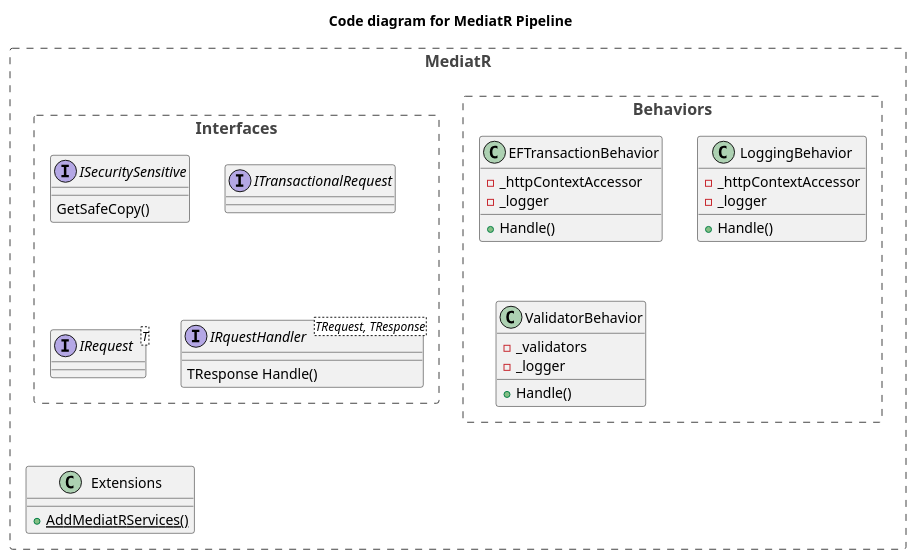
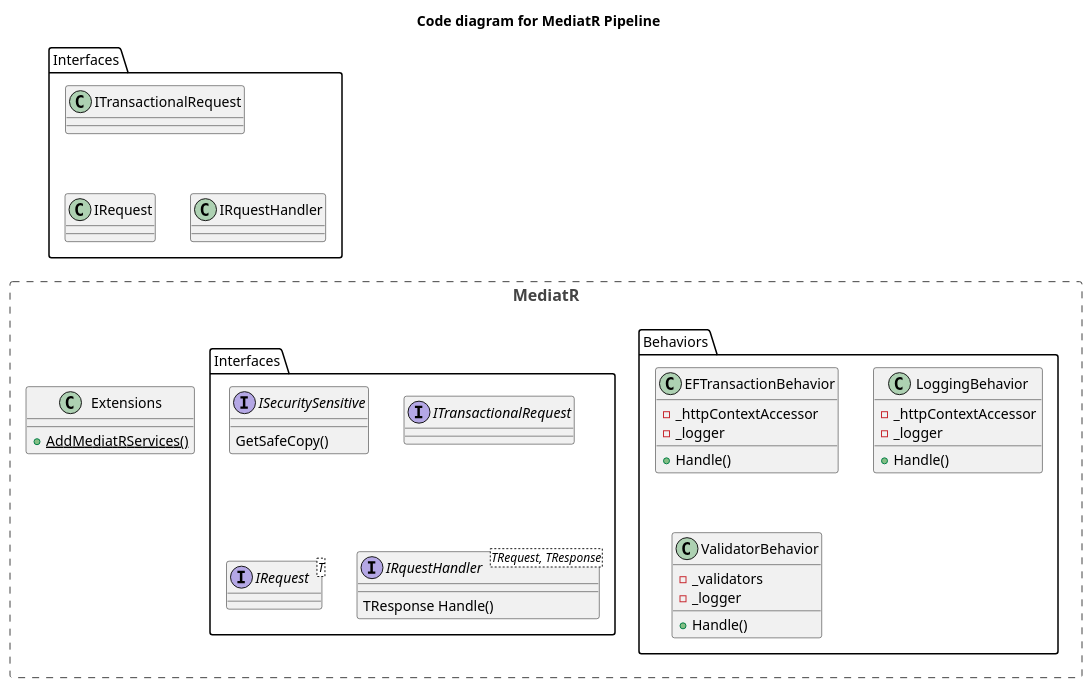
Before and after one commit to salmarsumi/CleanArchitecture: the diagram in architecture/mediatr.puml, drawn with PlantUML.

Commit message:
change boundary to namespace

```diff
--- a/architecture/mediatr.puml
+++ b/architecture/mediatr.puml
@@ -1,47 +1,48 @@
 @startuml
 !include https://raw.githubusercontent.com/plantuml-stdlib/C4-PlantUML/master/C4_Component.puml
 
 HIDE_STEREOTYPE()
 
 title Code diagram for MediatR Pipeline
 
 Boundary(mediatr, "MediatR") {
-    Boundary(behaviors, "Behaviors") {
+
+    namespace Behaviors {
              class EFTransactionBehavior {
             -_httpContextAccessor
             -_logger
             +Handle()
         }
         class LoggingBehavior {
             -_httpContextAccessor
             -_logger
             +Handle()
         }
         class ValidatorBehavior {
             -_validators
             -_logger
             +Handle()
         }
     }
     
-    Boundary(interfaces, "Interfaces") {
+    namespace Interfaces {
         interface ISecuritySensitive {
             GetSafeCopy()
         }
         interface ITransactionalRequest
         interface IRequest<T>
         interface IRquestHandler<TRequest, TResponse> {
             TResponse Handle()
         }
     }
 
     class Extensions {
         {static} +AddMediatRServices()
     }
 }
 
-Lay_L(IRquestHandler, IRequest)
-Lay_U(IRequest, ITransactionalRequest)
-Lay_U(Extensions, IRequest)
+Lay_L(Interfaces.IRquestHandler, Interfaces.IRequest)
+Lay_U(Interfaces.IRequest, Interfaces.ITransactionalRequest)
+Lay_U(Extensions, Interfaces.IRequest)
 
 @enduml
```
